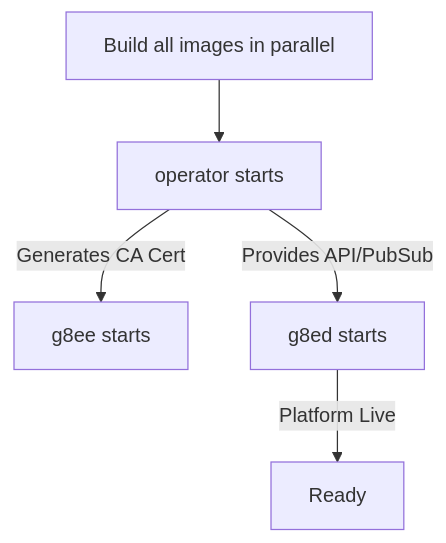
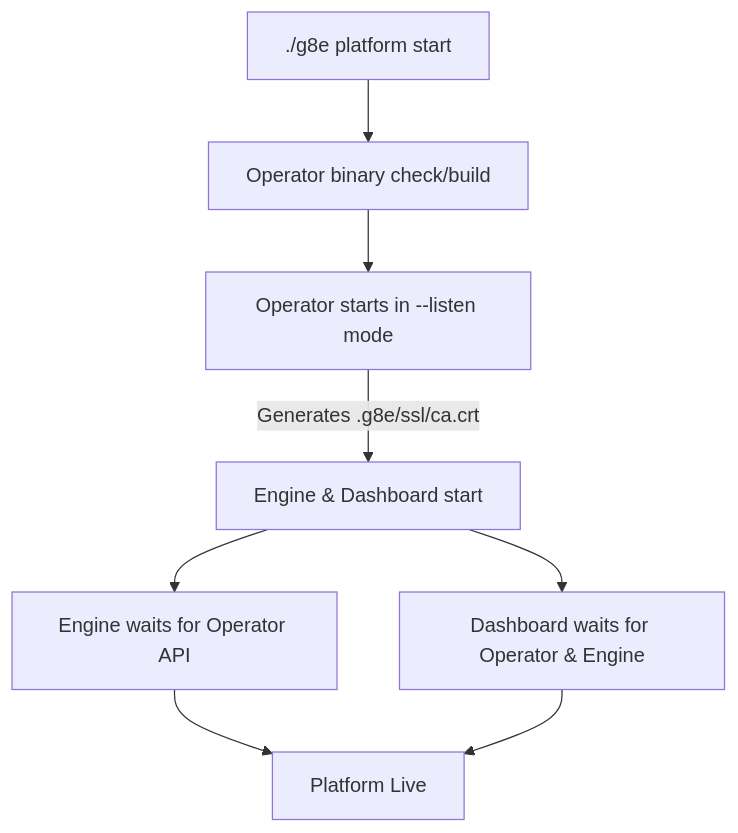
The diagram in docs/architecture/builds.md (g8e-ai/g8e), drawn with Mermaid before and after one commit. The commit also changed other lines of this file and 46 other files, not shown here.

````diff
--- a/docs/architecture/builds.md
+++ b/docs/architecture/builds.md
@@ -40,7 +40,9 @@
 ```mermaid
 graph TD
-    A[Build all images in parallel] --> B[operator starts]
-    B -->|Generates CA Cert| C[g8ee starts]
-    B -->|Provides API/PubSub| D[g8ed starts]
-    D -->|Platform Live| F[Ready]
+    A[./g8e platform start] --> B[Operator binary check/build]
+    B --> C[Operator starts in --listen mode]
+    C -->|Generates .g8e/ssl/ca.crt| D[Engine & Dashboard start]
+    D --> E[Engine waits for Operator API]
+    D --> F[Dashboard waits for Operator & Engine]
+    E & F --> G[Platform Live]
 ```
````
